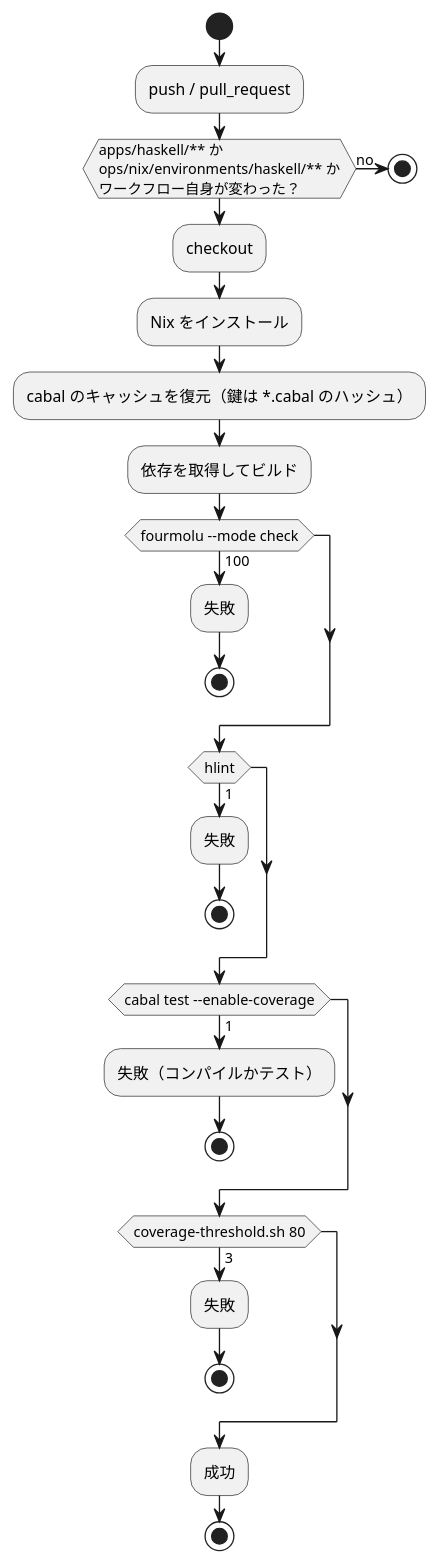
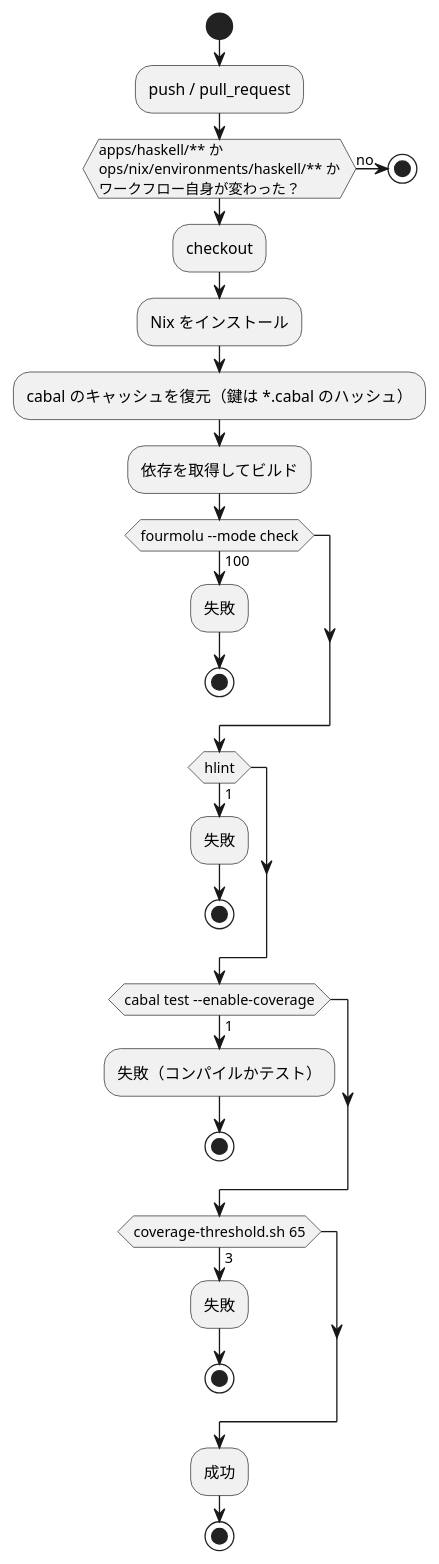
One commit to k2works/getting-started-machine-learning changed the diagram in docs/article/getting-start-ml/haskell/06-task-runner-and-ci-cd.md. Above: the diagram before and after it, drawn with PlantUML. The commit also changed other lines of this file and 15 other files, not shown here.

````diff
--- a/docs/article/getting-start-ml/haskell/06-task-runner-and-ci-cd.md
+++ b/docs/article/getting-start-ml/haskell/06-task-runner-and-ci-cd.md
@@ -469,31 +486,31 @@
 ```plantuml
 @startuml
 start
 :push / pull_request;
 if (apps/haskell/** か\nops/nix/environments/haskell/** か\nワークフロー自身が変わった？) then (no)
   stop
 endif
 :checkout;
 :Nix をインストール;
 :cabal のキャッシュを復元（鍵は *.cabal のハッシュ）;
 :依存を取得してビルド;
 if (fourmolu --mode check) then (100)
   :失敗;
   stop
 endif
 if (hlint) then (1)
   :失敗;
   stop
 endif
 if (cabal test --enable-coverage) then (1)
   :失敗（コンパイルかテスト）;
   stop
 endif
-if (coverage-threshold.sh 80) then (3)
+if (coverage-threshold.sh 65) then (3)
   :失敗;
   stop
 endif
 :成功;
 stop
 @enduml
 ```
````
